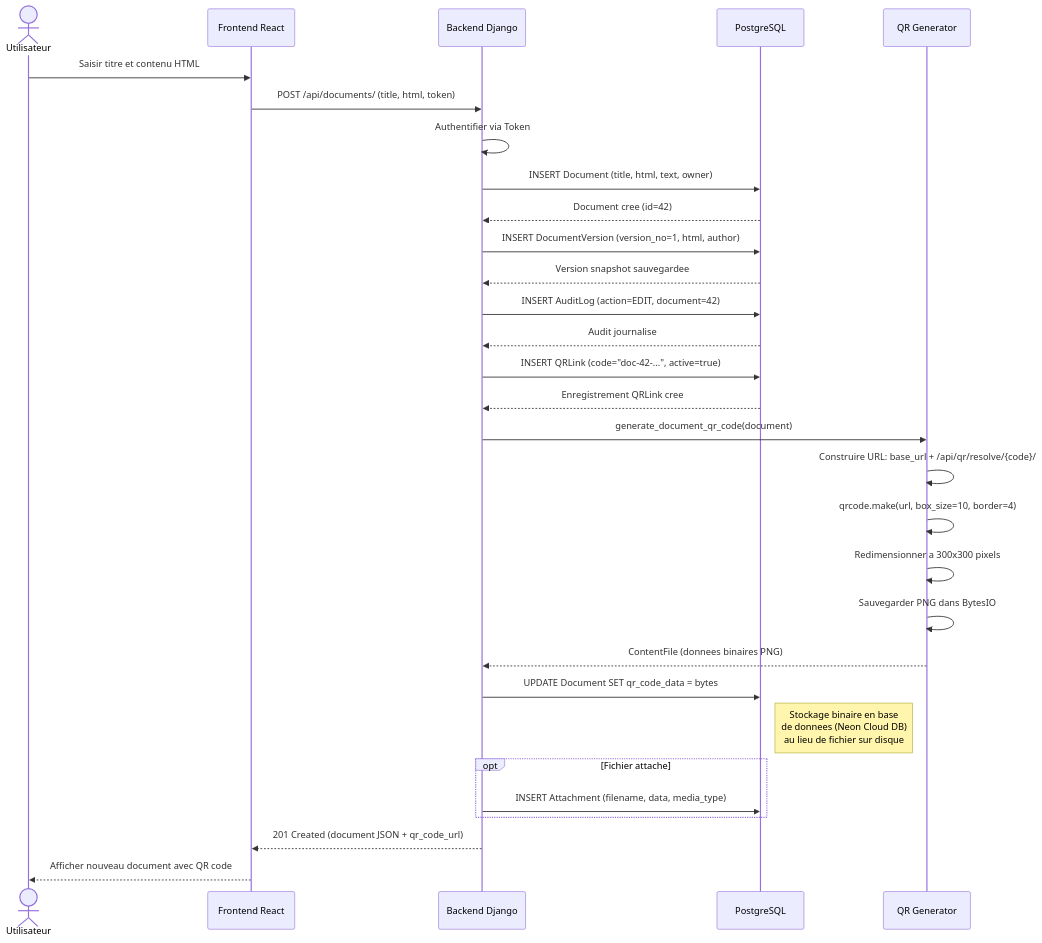
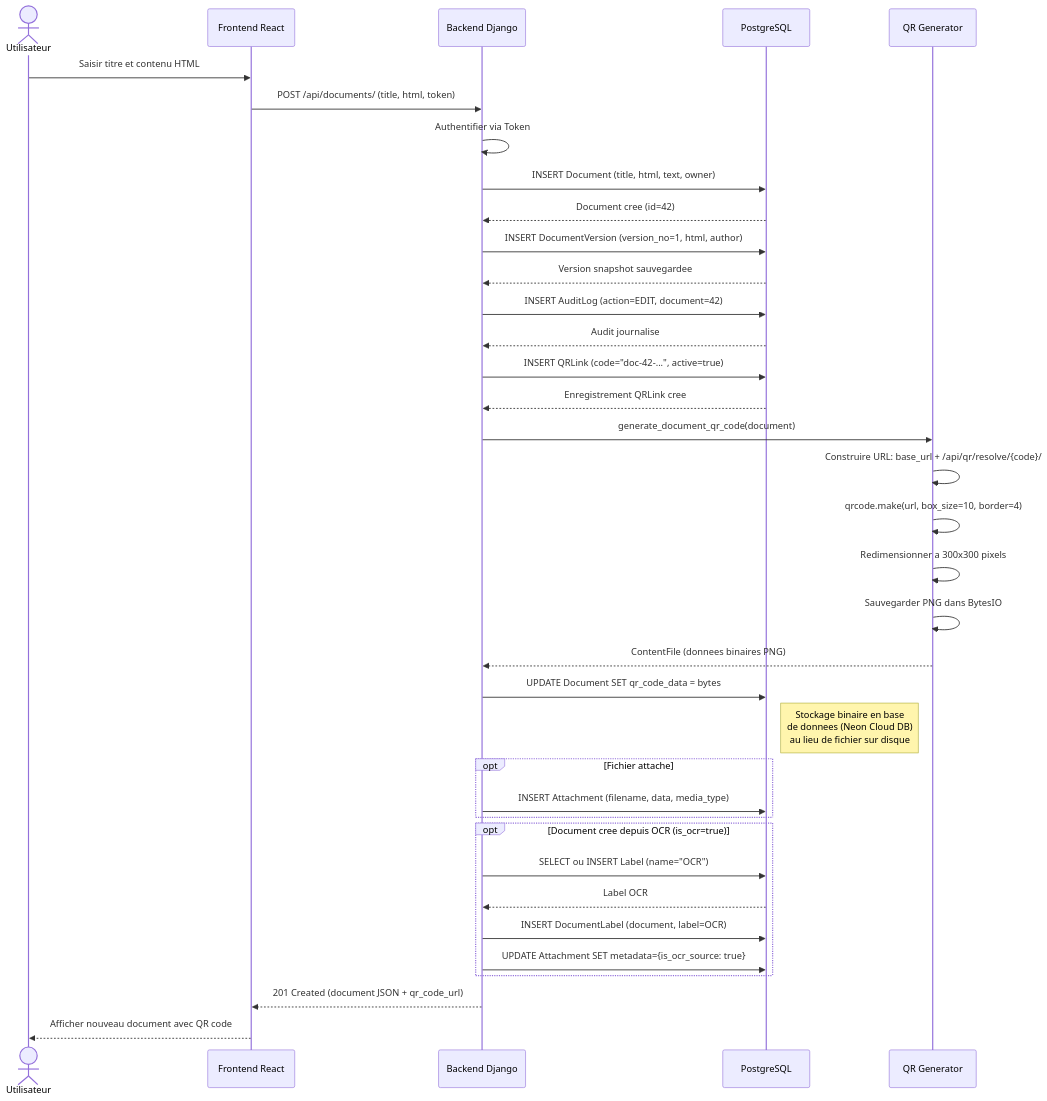
Before and after one commit to mohamedYassinChayada/stage-perf: the first of 6 diagrams in UML/SequenceDiagram-Updated.md, drawn with Mermaid. The commit also changed other lines of this file and 6 other files, not shown here.

Commit message:
feat: Implement automatic OCR label assignment and original file storage for documents created via OCR

````diff
--- a/UML/SequenceDiagram-Updated.md
+++ b/UML/SequenceDiagram-Updated.md
@@ -9,40 +9,47 @@
 ```mermaid
 sequenceDiagram
     actor U as Utilisateur
     participant FE as Frontend React
     participant API as Backend Django
     participant DB as PostgreSQL
     participant QR as QR Generator
 
     U->>FE: Saisir titre et contenu HTML
     FE->>API: POST /api/documents/ (title, html, token)
     API->>API: Authentifier via Token
     API->>DB: INSERT Document (title, html, text, owner)
     DB-->>API: Document cree (id=42)
 
     API->>DB: INSERT DocumentVersion (version_no=1, html, author)
     DB-->>API: Version snapshot sauvegardee
 
     API->>DB: INSERT AuditLog (action=EDIT, document=42)
     DB-->>API: Audit journalise
 
     API->>DB: INSERT QRLink (code="doc-42-...", active=true)
     DB-->>API: Enregistrement QRLink cree
 
     API->>QR: generate_document_qr_code(document)
     QR->>QR: Construire URL: base_url + /api/qr/resolve/{code}/
     QR->>QR: qrcode.make(url, box_size=10, border=4)
     QR->>QR: Redimensionner a 300x300 pixels
     QR->>QR: Sauvegarder PNG dans BytesIO
     QR-->>API: ContentFile (donnees binaires PNG)
 
     API->>DB: UPDATE Document SET qr_code_data = bytes
     Note right of DB: Stockage binaire en base<br/>de donnees (Neon Cloud DB)<br/>au lieu de fichier sur disque
 
     opt Fichier attache
         API->>DB: INSERT Attachment (filename, data, media_type)
     end
 
+    opt Document cree depuis OCR (is_ocr=true)
+        API->>DB: SELECT ou INSERT Label (name="OCR")
+        DB-->>API: Label OCR
+        API->>DB: INSERT DocumentLabel (document, label=OCR)
+        API->>DB: UPDATE Attachment SET metadata={is_ocr_source: true}
+    end
+
     API-->>FE: 201 Created (document JSON + qr_code_url)
     FE-->>U: Afficher nouveau document avec QR code
 ```
````
